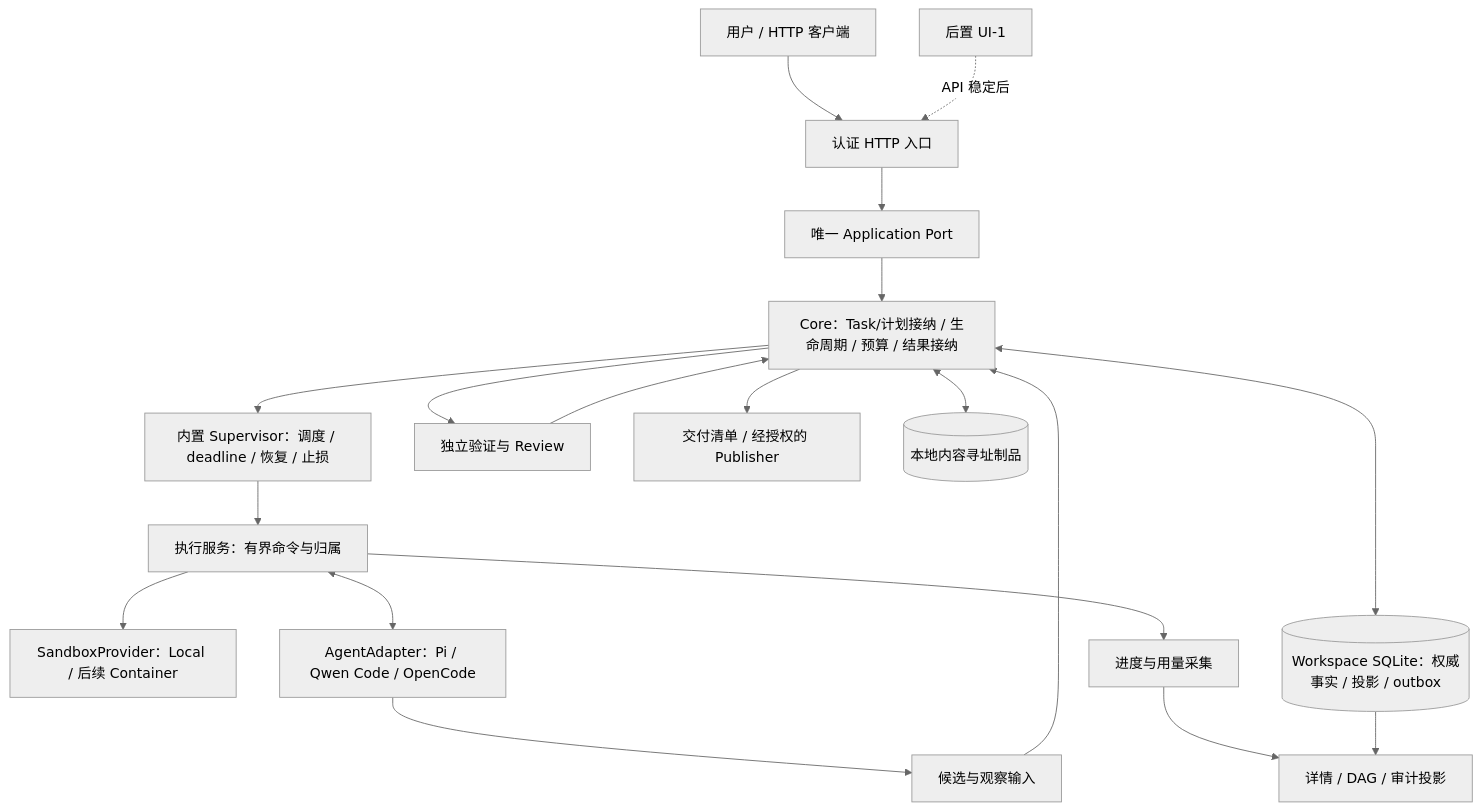
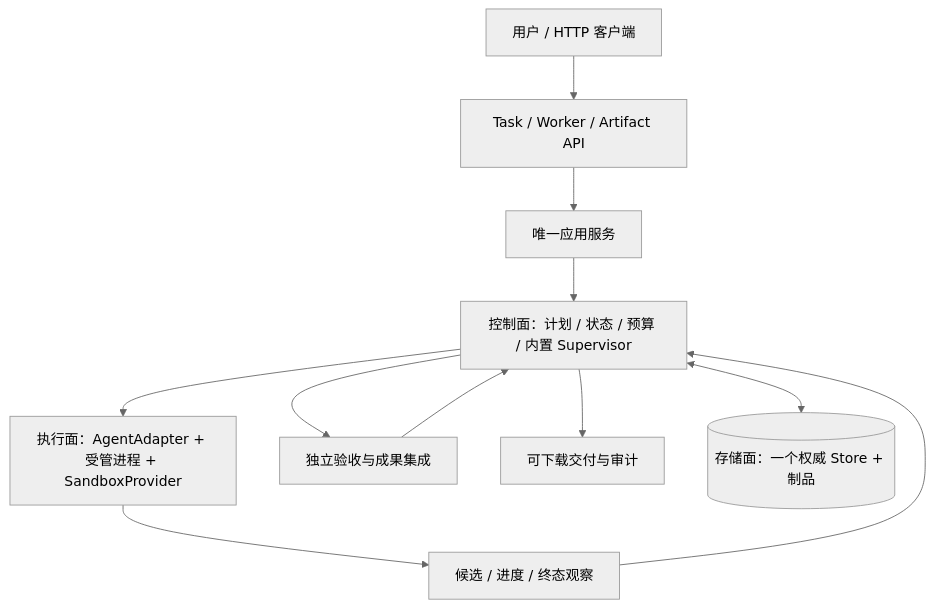
The diagram in docs/agent-team-service-architecture.md (chiga0/marshal-harness), drawn with Mermaid (neutral theme) before and after one commit. The commit also changed other lines of this file and 16 other files, not shown here.

Commit message:
docs: prioritize Task-first team delivery before platform setup

````diff
--- a/docs/agent-team-service-architecture.md
+++ b/docs/agent-team-service-architecture.md
@@ -23,21 +42,13 @@
 ```mermaid
 flowchart TB
-  U[用户 / HTTP 客户端] --> H[认证 HTTP 入口]
-  UI[后置 UI-1] -. API 稳定后 .-> H
-  H --> APP[唯一 Application Port]
-  APP --> CORE[Core：Task/计划接纳 / 生命周期 / 预算 / 结果接纳]
-  CORE --> SUP[内置 Supervisor：调度 / deadline / 恢复 / 止损]
-  SUP --> EXEC[执行服务：有界命令与归属]
-  EXEC --> SB[SandboxProvider：Local / 后续 Container]
-  EXEC <--> AG[AgentAdapter：Pi / Qwen Code / OpenCode]
-  AG --> IN[候选与观察输入]
-  IN --> CORE
-  CORE --> VERIFY[独立验证与 Review]
-  VERIFY --> CORE
-  CORE --> DELIVERY[交付清单 / 经授权的 Publisher]
-  CORE <--> DB[(Workspace SQLite：权威事实 / 投影 / outbox)]
-  EXEC --> OBS[进度与用量采集]
-  OBS --> QUERY[详情 / DAG / 审计投影]
-  DB --> QUERY
-  CORE <--> BLOB[(本地内容寻址制品)]
+  U[用户 / HTTP 客户端] --> API[Task / Worker / Artifact API]
+  API --> APP[唯一应用服务]
+  APP --> CORE[控制面：计划 / 状态 / 预算 / 内置 Supervisor]
+  CORE --> EXEC[执行面：AgentAdapter + 受管进程 + SandboxProvider]
+  EXEC --> C[候选 / 进度 / 终态观察]
+  C --> CORE
+  CORE --> V[独立验收与成果集成]
+  V --> CORE
+  CORE --> D[可下载交付与审计]
+  CORE <--> STORE[(存储面：一个权威 Store + 制品)]
 ```
````
